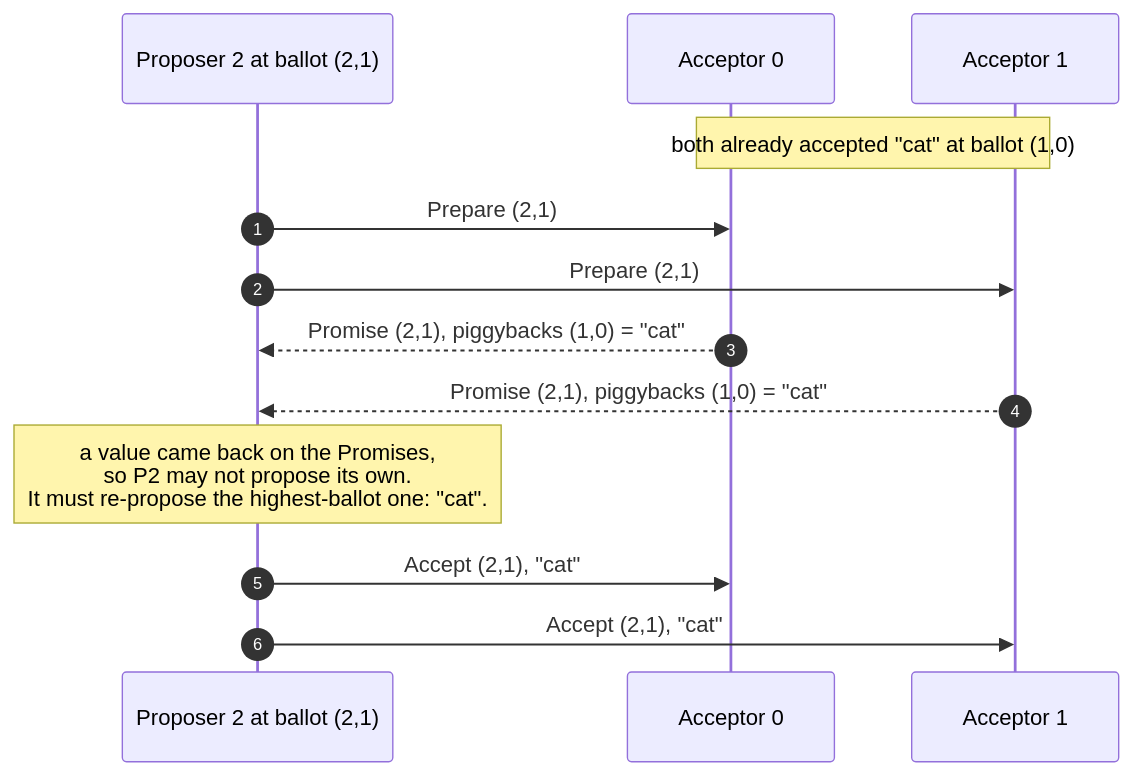
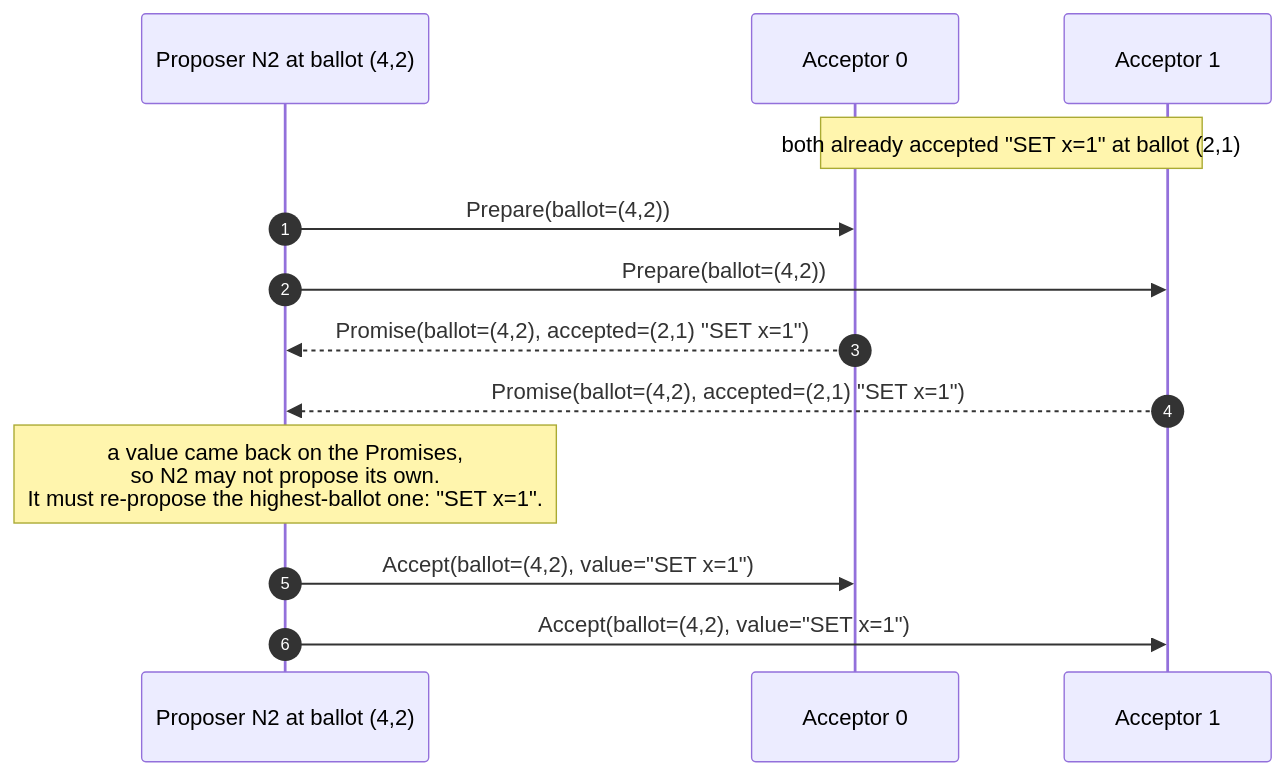
One commit to PierreZ/paros changed the second of 3 diagrams in book/src/choose-one-value.md. Above: the diagram before and after it, drawn with Mermaid. The commit also changed other lines of this file and 5 other files, not shown here.

````diff
--- a/book/src/choose-one-value.md
+++ b/book/src/choose-one-value.md
@@ -79,15 +81,15 @@
 ```mermaid
 sequenceDiagram
     autonumber
-    participant P2 as Proposer 2 at ballot (2,1)
+    participant P2 as Proposer N2 at ballot (4,2)
     participant A0 as Acceptor 0
     participant A1 as Acceptor 1
-    Note over A0,A1: both already accepted "cat" at ballot (1,0)
-    P2->>A0: Prepare (2,1)
-    P2->>A1: Prepare (2,1)
-    A0-->>P2: Promise (2,1), piggybacks (1,0) = "cat"
-    A1-->>P2: Promise (2,1), piggybacks (1,0) = "cat"
-    Note over P2: a value came back on the Promises,<br/>so P2 may not propose its own.<br/>It must re-propose the highest-ballot one: "cat".
-    P2->>A0: Accept (2,1), "cat"
-    P2->>A1: Accept (2,1), "cat"
+    Note over A0,A1: both already accepted "SET x=1" at ballot (2,1)
+    P2->>A0: Prepare(ballot=(4,2))
+    P2->>A1: Prepare(ballot=(4,2))
+    A0-->>P2: Promise(ballot=(4,2), accepted=(2,1) "SET x=1")
+    A1-->>P2: Promise(ballot=(4,2), accepted=(2,1) "SET x=1")
+    Note over P2: a value came back on the Promises,<br/>so N2 may not propose its own.<br/>It must re-propose the highest-ballot one: "SET x=1".
+    P2->>A0: Accept(ballot=(4,2), value="SET x=1")
+    P2->>A1: Accept(ballot=(4,2), value="SET x=1")
 ```
````
